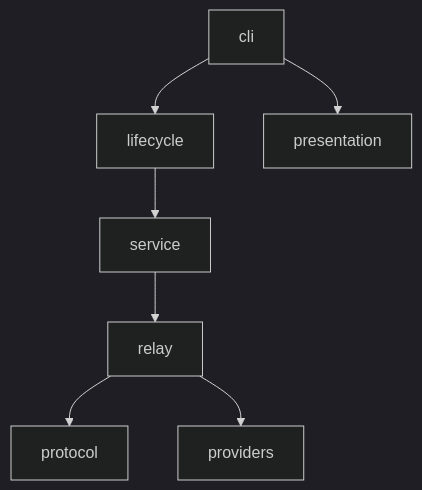
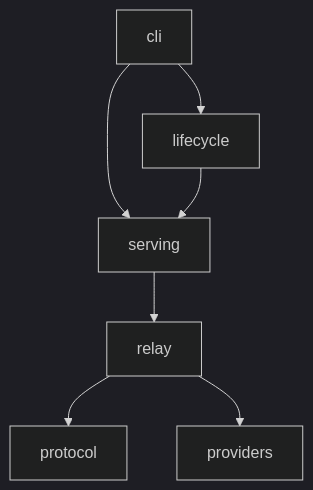
One commit to HengYangDS/openai-responses-proxy changed the second of 5 diagrams in docs/architecture/authority-and-runtime-boundary.md. Above: the diagram before and after it, drawn with Mermaid (dark theme). The commit also changed other lines of this file and 156 other files, not shown here.

````diff
--- a/docs/architecture/authority-and-runtime-boundary.md
+++ b/docs/architecture/authority-and-runtime-boundary.md
@@ -56,9 +54,9 @@
 ```mermaid
 flowchart TD
     CLI["cli"] --> LIFE["lifecycle"]
-    CLI --> VIEW["presentation"]
-    LIFE --> SERVICE["service"]
-    SERVICE --> RELAY["relay"]
+    CLI --> SERVING["serving"]
+    LIFE --> SERVING
+    SERVING --> RELAY["relay"]
     RELAY --> PROTOCOL["protocol"]
     RELAY --> PROVIDERS["providers"]
 ```
````
